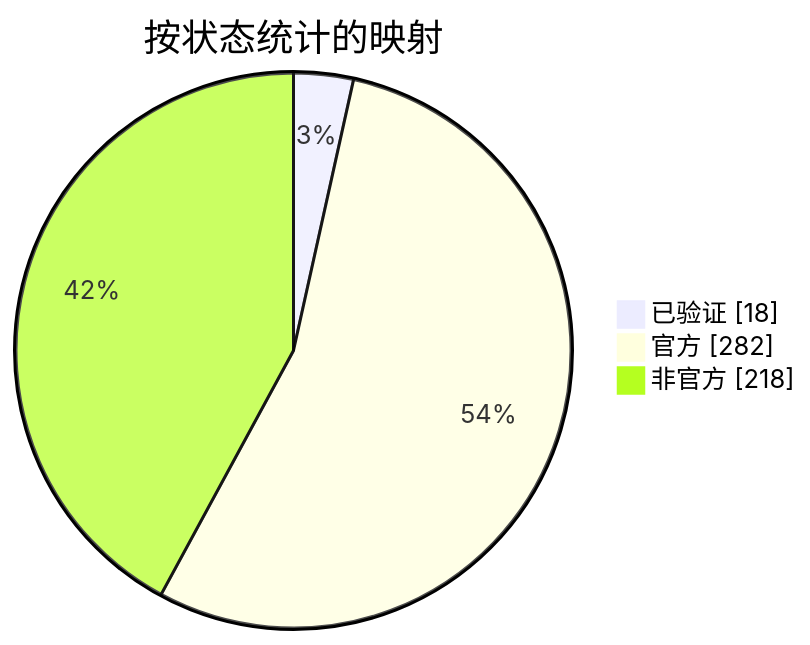
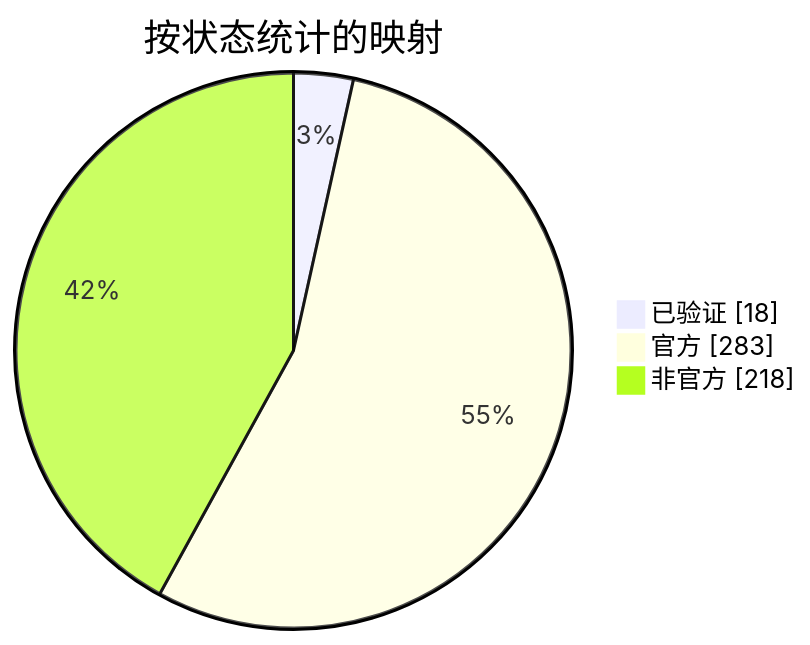
One commit to nobrega8/mbmap-library changed the diagram in docs/readme/README_ZHS.md. Above: the diagram before and after it, drawn with Mermaid. The commit also changed 5 other files, not shown here.

````diff
--- a/docs/readme/README_ZHS.md
+++ b/docs/readme/README_ZHS.md
@@ -54,7 +54,7 @@
 ```mermaid
 pie showData
     title 按状态统计的映射
     "已验证" : 18
-    "官方" : 282
+    "官方" : 283
     "非官方" : 218
 ```
````
